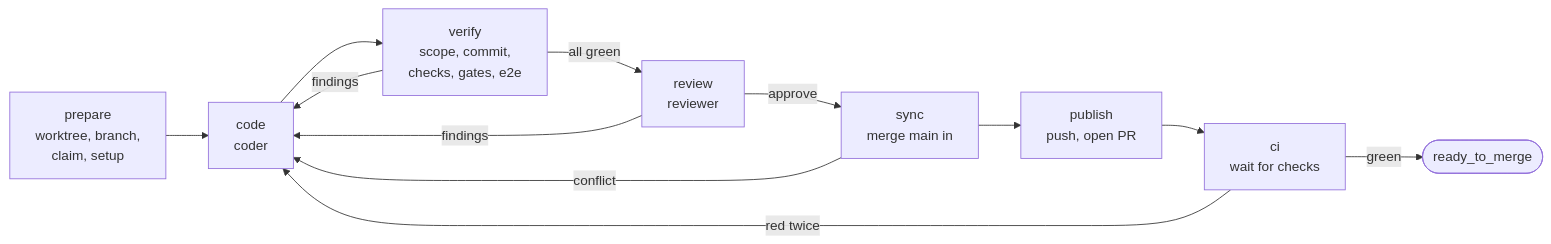
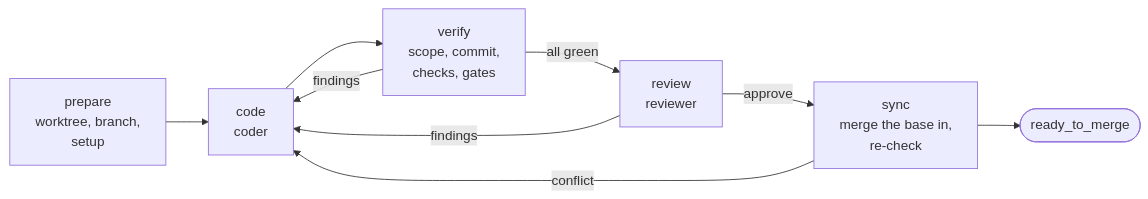
One commit to joaoveronezi/the-crew changed the third of 5 diagrams in docs/how-it-works.md. Above: the diagram before and after it, drawn with Mermaid. The commit also changed other lines of this file, not shown here.

````diff
--- a/docs/how-it-works.md
+++ b/docs/how-it-works.md
@@ -61,14 +87,11 @@
 ```mermaid
 flowchart LR
-    P[prepare<br/>worktree, branch,<br/>claim, setup] --> C[code<br/>coder]
-    C --> V[verify<br/>scope, commit,<br/>checks, gates, e2e]
+    P[prepare<br/>worktree, branch,<br/>setup] --> C[code<br/>coder]
+    C --> V[verify<br/>scope, commit,<br/>checks, gates]
     V -->|all green| R[review<br/>reviewer]
     V -->|findings| C
-    R -->|approve| S[sync<br/>merge main in]
+    R -->|approve| S[sync<br/>merge the base in,<br/>re-check]
     R -->|findings| C
     S -->|conflict| C
-    S --> PU[publish<br/>push, open PR]
-    PU --> CI[ci<br/>wait for checks]
-    CI -->|red twice| C
-    CI -->|green| H([ready_to_merge])
+    S --> H([ready_to_merge])
 ```
````
